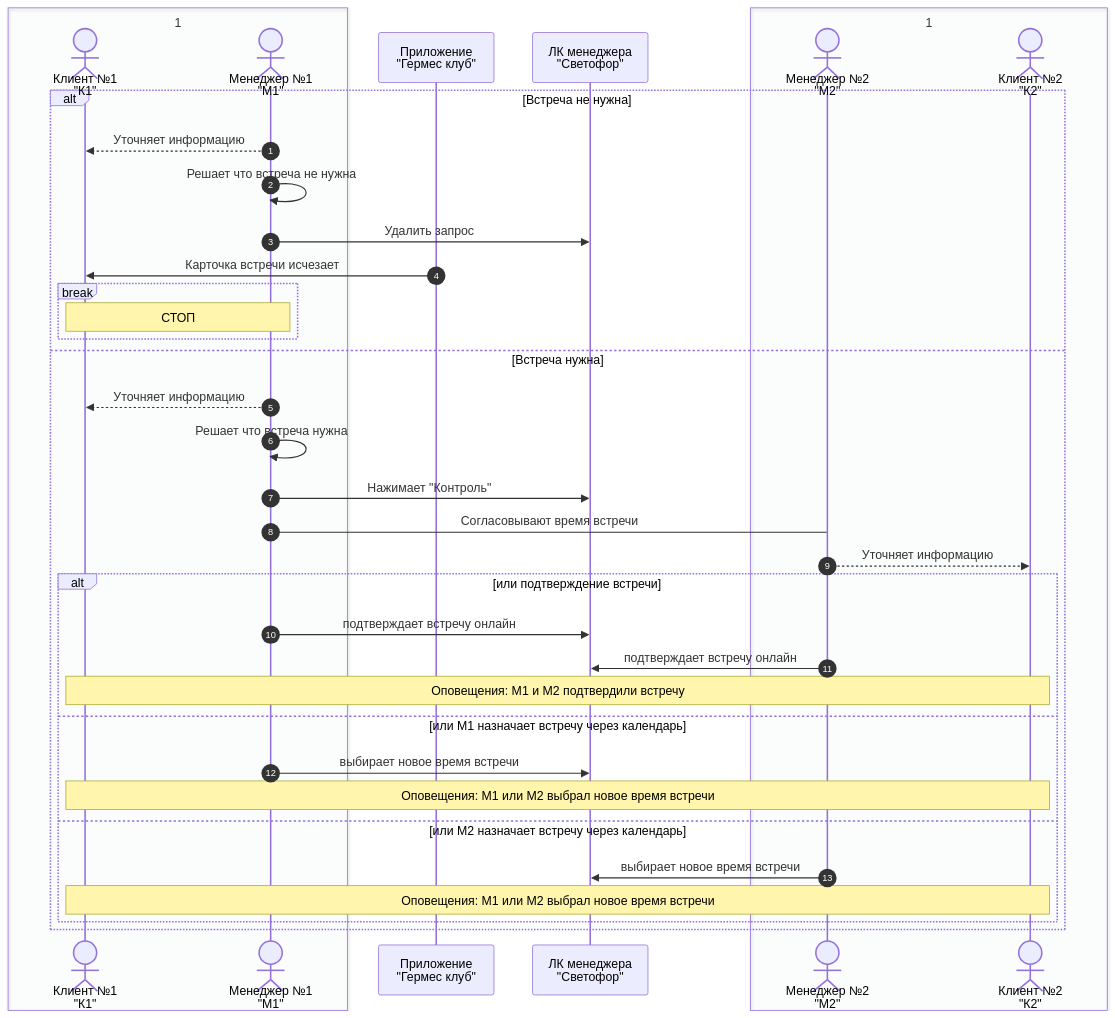
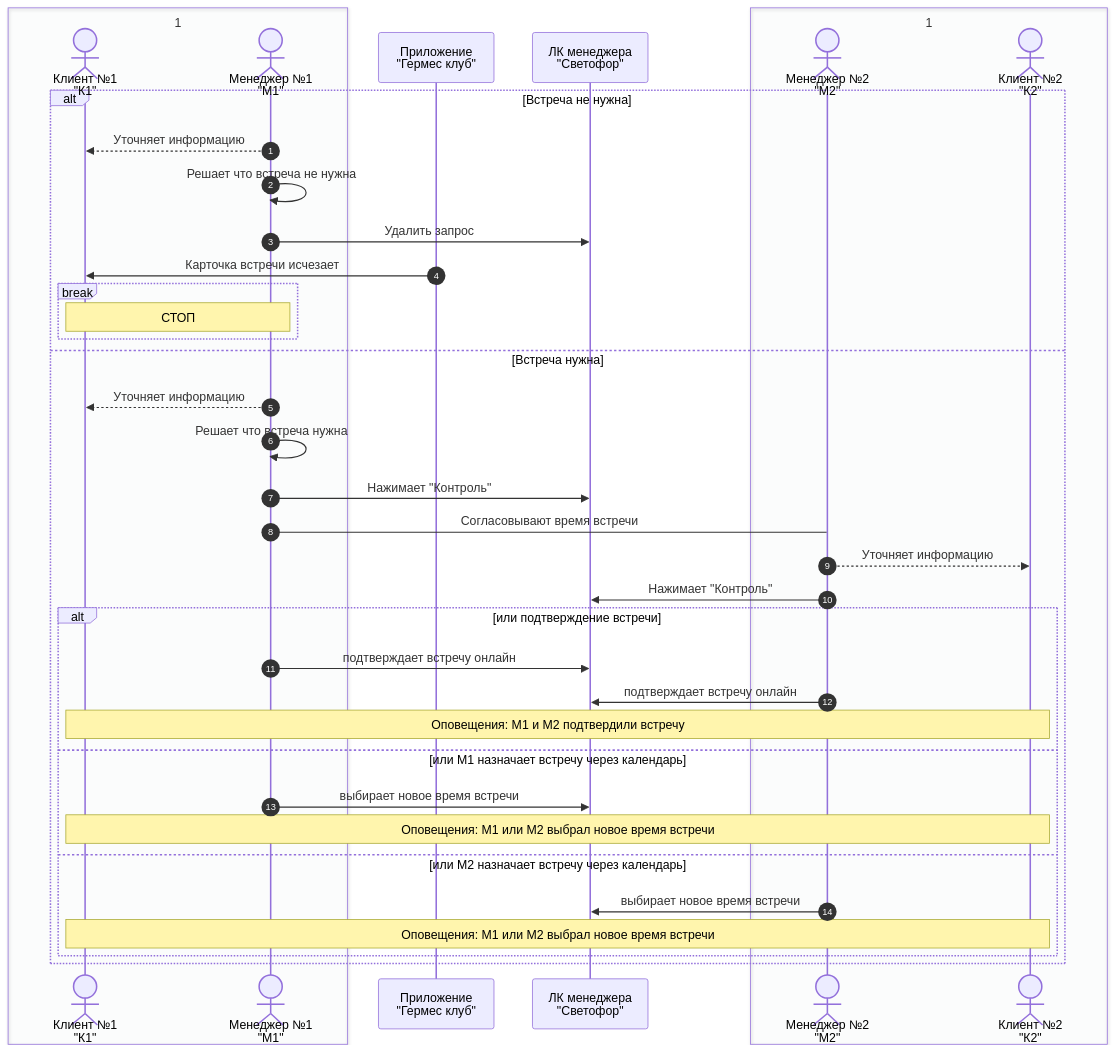
The third of 6 diagrams in docs/topics/Instructions_manager_requests.md (grizodubov/ClubGermesDocs), drawn with Mermaid before and after one commit. The commit also changed 1 other file, not shown here.

Commit message:
minor changes

````diff
--- a/docs/topics/Instructions_manager_requests.md
+++ b/docs/topics/Instructions_manager_requests.md
@@ -50,39 +50,40 @@
 ```mermaid
   sequenceDiagram autonumber
   box rgba(33,66,99,0.01) 1
     actor Customer1 as Клиент №1 <br/> "К1"
     actor Manager1 as Менеджер №1 <br/> "M1"
   end
   participant ClubGermes as Приложение <br/> "Гермес клуб"
   participant ClubManager as ЛК менеджера <br/> "Светофор"
   box rgba(33,66,99,0.01) 1
     actor Manager2 as Менеджер №2 <br/> "M2"
     actor Customer2 as Клиент №2 <br/> "К2"
   end
   alt Встреча не нужна
     Manager1 -->> Customer1: Уточняет информацию
     Manager1 ->> Manager1: Решает что встреча не нужна
     Manager1 ->> ClubManager: Удалить запрос
     ClubGermes ->> Customer1: Карточка встречи исчезает
     break
         note over Customer1,Manager1: СТОП
     end
   else Встреча нужна
     Manager1 -->> Customer1: Уточняет информацию
     Manager1 ->> Manager1: Решает что встреча нужна
     Manager1 ->> ClubManager: Нажимает "Контроль"
     Manager1 -> Manager2: Согласовывают время встречи
     Manager2 -->> Customer2: Уточняет информацию
+    Manager2 ->> ClubManager: Нажимает "Контроль"
     alt или подтверждение встречи
       Manager1 ->> ClubManager: подтверждает встречу онлайн
       Manager2 ->> ClubManager: подтверждает встречу онлайн
       note over Customer1,Customer2: Оповещения: M1 и M2 подтвердили встречу
     else или М1 назначает встречу через календарь
         Manager1 ->> ClubManager: выбирает новое время встречи
         note over Customer1,Customer2: Оповещения: М1 или М2 выбрал новое время встречи
     else или М2 назначает встречу через календарь
         Manager2 ->> ClubManager: выбирает новое время встречи
         note over Customer1,Customer2: Оповещения: М1 или М2 выбрал новое время встречи
     end 
   end
 ```
````
